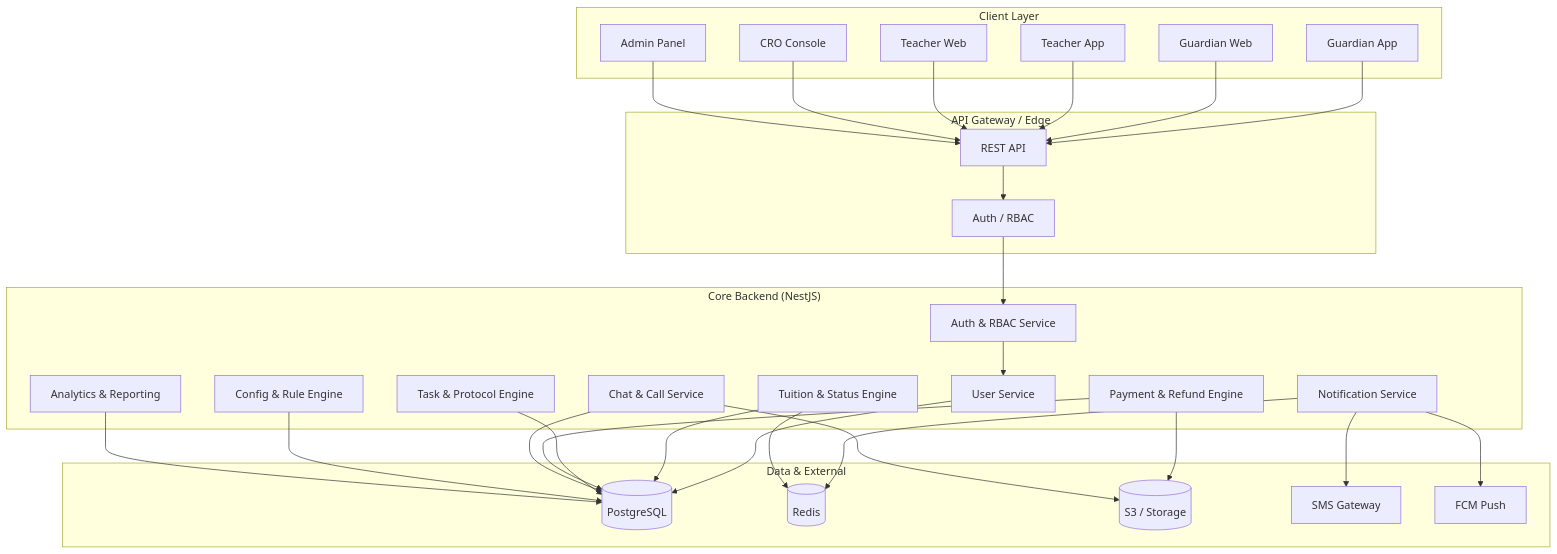
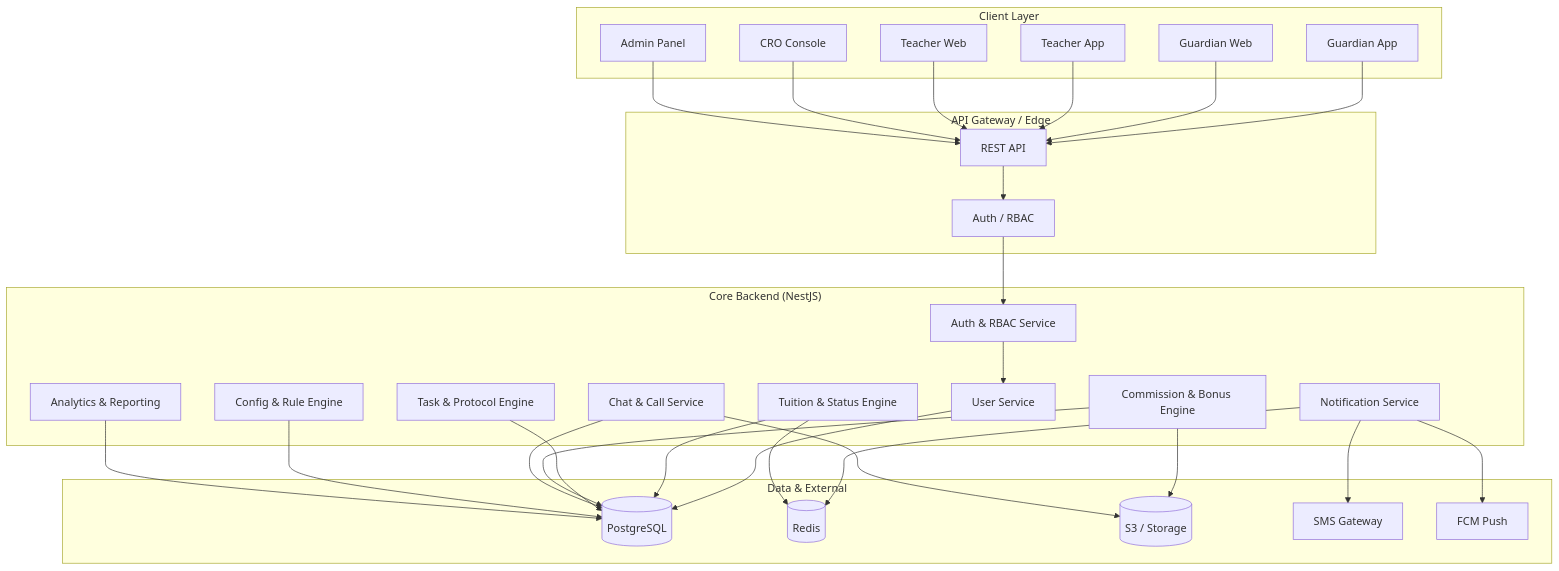
The seventh of 15 diagrams in README.md (NeexG/bright-tutor-documentation), drawn with Mermaid before and after one commit. The commit also changed other lines of this file, not shown here.

````diff
--- a/README.md
+++ b/README.md
@@ -1155,59 +1153,59 @@
 ```mermaid
 flowchart TB
   subgraph Clients["Client Layer"]
     GA[Guardian App]
     GW[Guardian Web]
     TA[Teacher App]
     TW[Teacher Web]
     CRO[CRO Console]
     ADM[Admin Panel]
   end
 
   subgraph Gateway["API Gateway / Edge"]
     API[REST API]
     AUTH[Auth / RBAC]
   end
 
   subgraph Backend["Core Backend (NestJS)"]
     AUTH_SVC[Auth & RBAC Service]
     USER[User Service]
     TUI[Tuition & Status Engine]
     TASK[Task & Protocol Engine]
-    PAY[Payment & Refund Engine]
+    PAY[Commission & Bonus Engine]
     CHAT[Chat & Call Service]
     NOTIF[Notification Service]
     CONFIG[Config & Rule Engine]
     ANALYTICS[Analytics & Reporting]
   end
 
   subgraph Data["Data & External"]
     DB[(PostgreSQL)]
     REDIS[(Redis)]
     S3[(S3 / Storage)]
     SMS[SMS Gateway]
     FCM[FCM Push]
   end
 
   GA --> API
   GW --> API
   TA --> API
   TW --> API
   CRO --> API
   ADM --> API
   API --> AUTH
   AUTH --> AUTH_SVC
   AUTH_SVC --> USER
   USER --> DB
   TUI --> DB
   TASK --> DB
   PAY --> DB
   CHAT --> DB
   NOTIF --> REDIS
   NOTIF --> SMS
   NOTIF --> FCM
   CONFIG --> DB
   ANALYTICS --> DB
   TUI --> REDIS
   PAY --> S3
   CHAT --> S3
 ```
````
